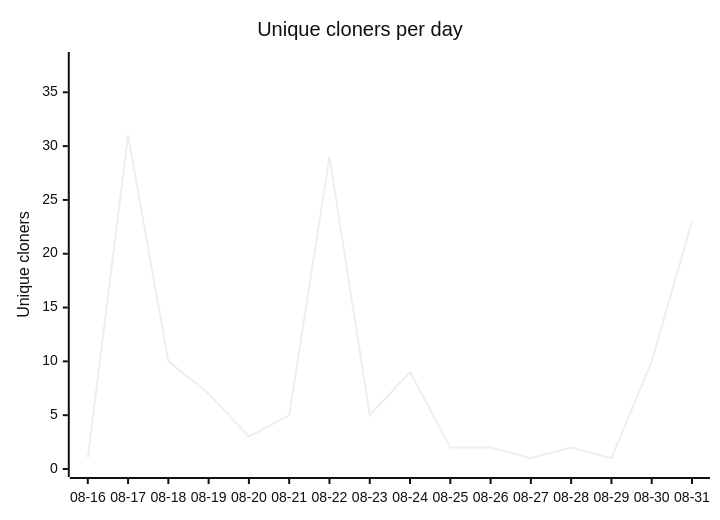
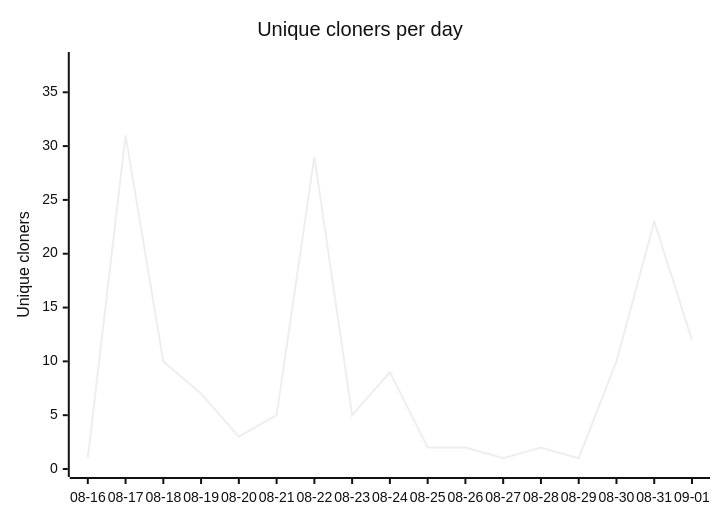
The diagram in metrics/README.md (AZidan/archflow), drawn with Mermaid (neutral theme) before and after one commit. The commit also changed other lines of this file and 2 other files, not shown here.

````diff
--- a/metrics/README.md
+++ b/metrics/README.md
@@ -14,7 +14,7 @@
 ```mermaid
 xychart-beta
     title "Unique cloners per day"
-    x-axis ["08-16", "08-17", "08-18", "08-19", "08-20", "08-21", "08-22", "08-23", "08-24", "08-25", "08-26", "08-27", "08-28", "08-29", "08-30", "08-31"]
+    x-axis ["08-16", "08-17", "08-18", "08-19", "08-20", "08-21", "08-22", "08-23", "08-24", "08-25", "08-26", "08-27", "08-28", "08-29", "08-30", "08-31", "09-01"]
     y-axis "Unique cloners" 0 --> 38
-    line [1, 31, 10, 7, 3, 5, 29, 5, 9, 2, 2, 1, 2, 1, 10, 23]
+    line [1, 31, 10, 7, 3, 5, 29, 5, 9, 2, 2, 1, 2, 1, 10, 23, 12]
 ```
````
